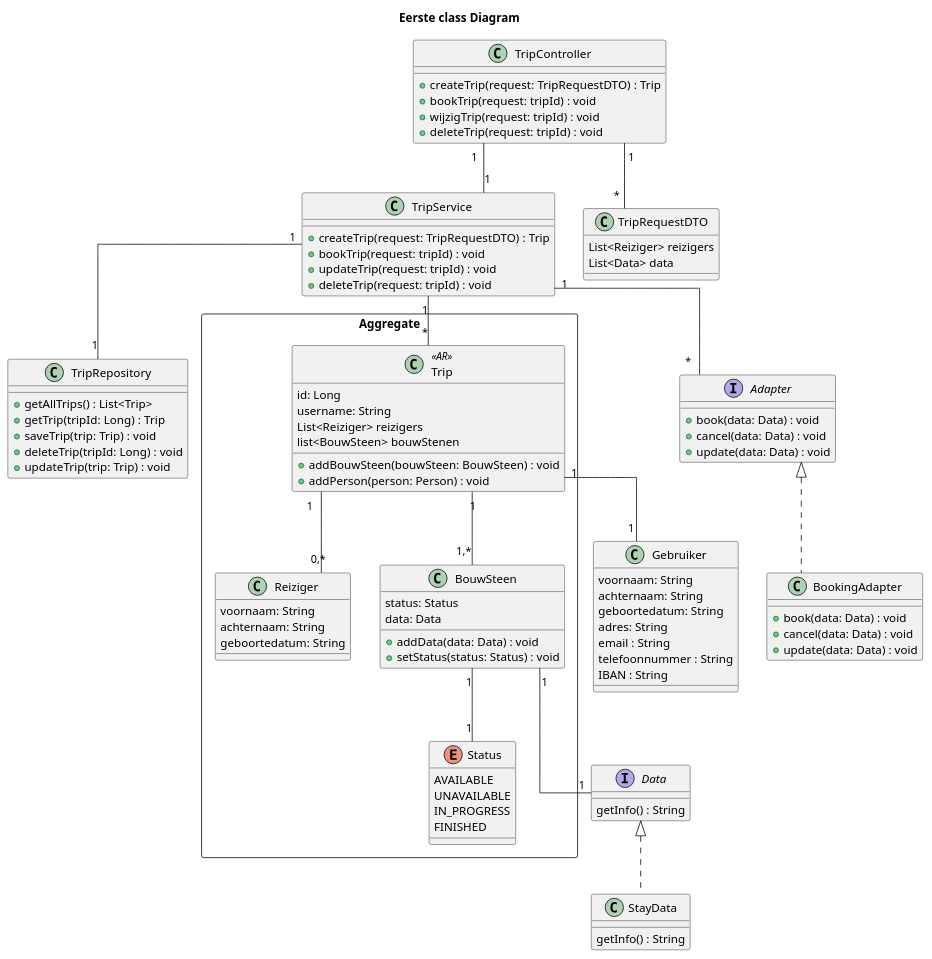
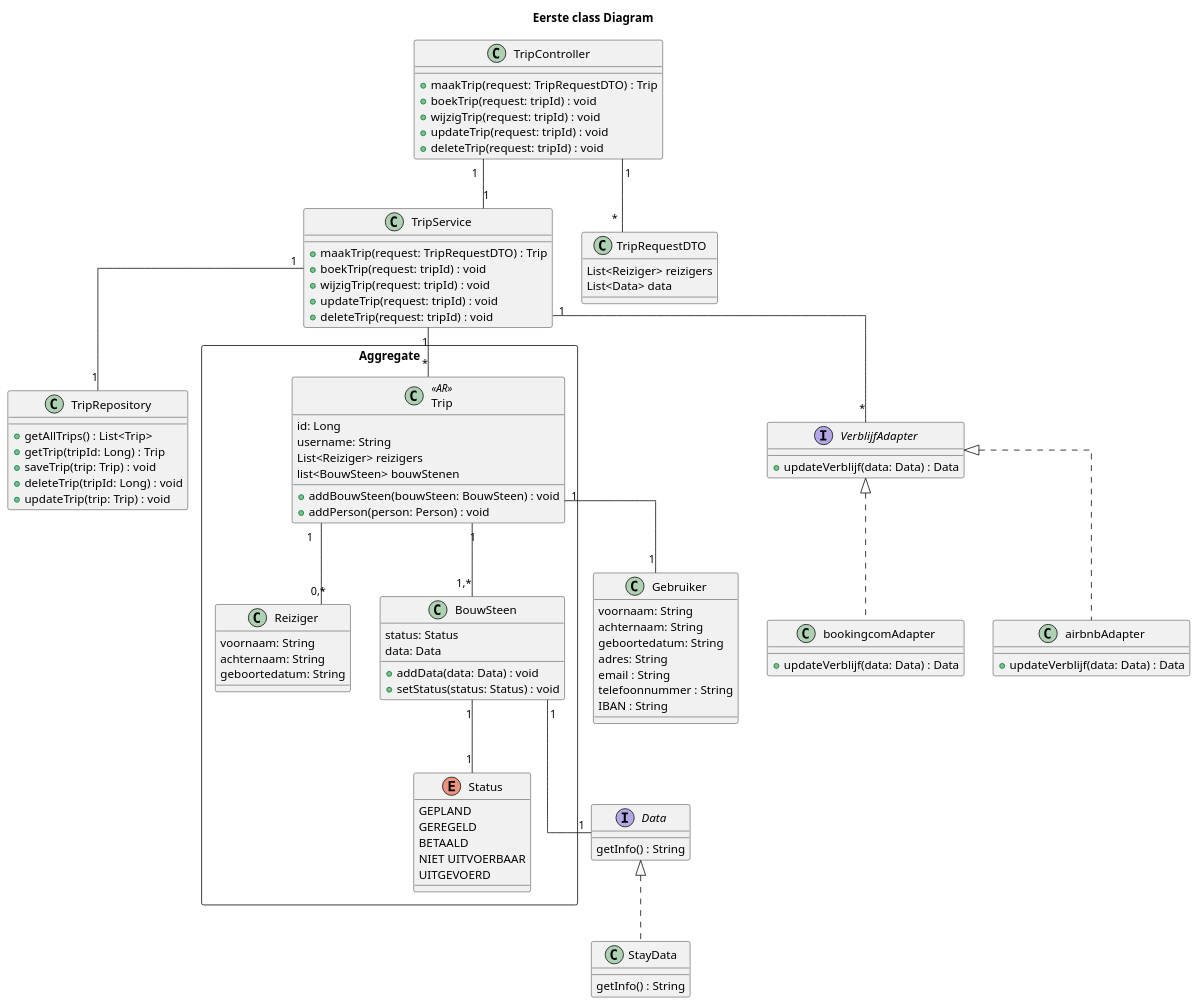
One commit to AIM-ENE-feb25/triptop-livingin-s-pain-nouri-siebe-boris changed the diagram in opdracht-diagrammen/Groeps-diagram/ClassDiagram.puml. Above: the diagram before and after it, drawn with PlantUML. The commit also changed 1 other file, not shown here.

```diff
--- a/opdracht-diagrammen/Groeps-diagram/ClassDiagram.puml
+++ b/opdracht-diagrammen/Groeps-diagram/ClassDiagram.puml
@@ -1,122 +1,125 @@
 @startuml
 'https://plantuml.com/class-diagram
 title Eerste class Diagram
 skinparam linetype ortho
 
 class TripController {
-    +createTrip(request: TripRequestDTO) : Trip
-    +bookTrip(request: tripId) : void
+    +maakTrip(request: TripRequestDTO) : Trip
+    +boekTrip(request: tripId) : void
     +wijzigTrip(request: tripId) : void
+    +updateTrip(request: tripId) : void
     +deleteTrip(request: tripId) : void
 }
 
 class TripService {
-    +createTrip(request: TripRequestDTO) : Trip
-    +bookTrip(request: tripId) : void
+    +maakTrip(request: TripRequestDTO) : Trip
+    +boekTrip(request: tripId) : void
+    +wijzigTrip(request: tripId) : void
     +updateTrip(request: tripId) : void
     +deleteTrip(request: tripId) : void
 
 }
 
 class TripRepository {
     +getAllTrips() : List<Trip>
     +getTrip(tripId: Long) : Trip
     +saveTrip(trip: Trip) : void
     +deleteTrip(tripId: Long) : void
     +updateTrip(trip: Trip) : void
 }
 
 
 
 class Gebruiker {
     voornaam: String
     achternaam: String
     geboortedatum: String
     adres: String
     email : String
     telefoonnummer : String
     IBAN : String
 }
 
 rectangle "Aggregate" {
 
 class Trip <<AR>> {
     id: Long
     username: String
     List<Reiziger> reizigers
     list<BouwSteen> bouwStenen
     +addBouwSteen(bouwSteen: BouwSteen) : void
     +addPerson(person: Person) : void
 }
 
 
 class Reiziger {
     voornaam: String
     achternaam: String
     geboortedatum: String
 }
 
 class BouwSteen {
     status: Status
     data: Data
     +addData(data: Data) : void
     +setStatus(status: Status) : void
 }
 
 enum Status {
-    AVAILABLE
-    UNAVAILABLE
-    IN_PROGRESS
-    FINISHED
+    GEPLAND
+    GEREGELD
+    BETAALD
+    NIET UITVOERBAAR
+    UITGEVOERD
 }
 
 }
 
 interface Data {
   getInfo() : String
 }
 
 class StayData implements Data {
  getInfo() : String
 }
 
-interface Adapter {
-    +book(data: Data) : void
-    +cancel(data: Data) : void
-    +update(data: Data) : void
+interface VerblijfAdapter {
+    +updateVerblijf(data: Data) : Data
 }
 
 
-class BookingAdapter implements Adapter {
-    +book(data: Data) : void
-    +cancel(data: Data) : void
-    +update(data: Data) : void
+class bookingcomAdapter implements VerblijfAdapter {
+    +updateVerblijf(data: Data) : Data
+}
+
+class airbnbAdapter implements VerblijfAdapter {
+    +updateVerblijf(data: Data) : Data
 }
 
 
 
 class TripRequestDTO {
     List<Reiziger> reizigers
     List<Data> data
 }
 
 
 
 TripController "1" -- "1" TripService
 TripService "1" -- "1" TripRepository
 TripController "1" -- "*" TripRequestDTO
 
 TripService "1" -- "*" Trip
-TripService "1" -- "*" Adapter
+TripService "1" -- "*" VerblijfAdapter
 
 
 BouwSteen "1" -- "1" Data
 BouwSteen "1" -- "1" Status
 Trip "1" -- "1,*" BouwSteen
 Trip "1" -- "0,*" Reiziger
 Trip "1" -- "1" Gebruiker
 
 
 
 
 @enduml
```
